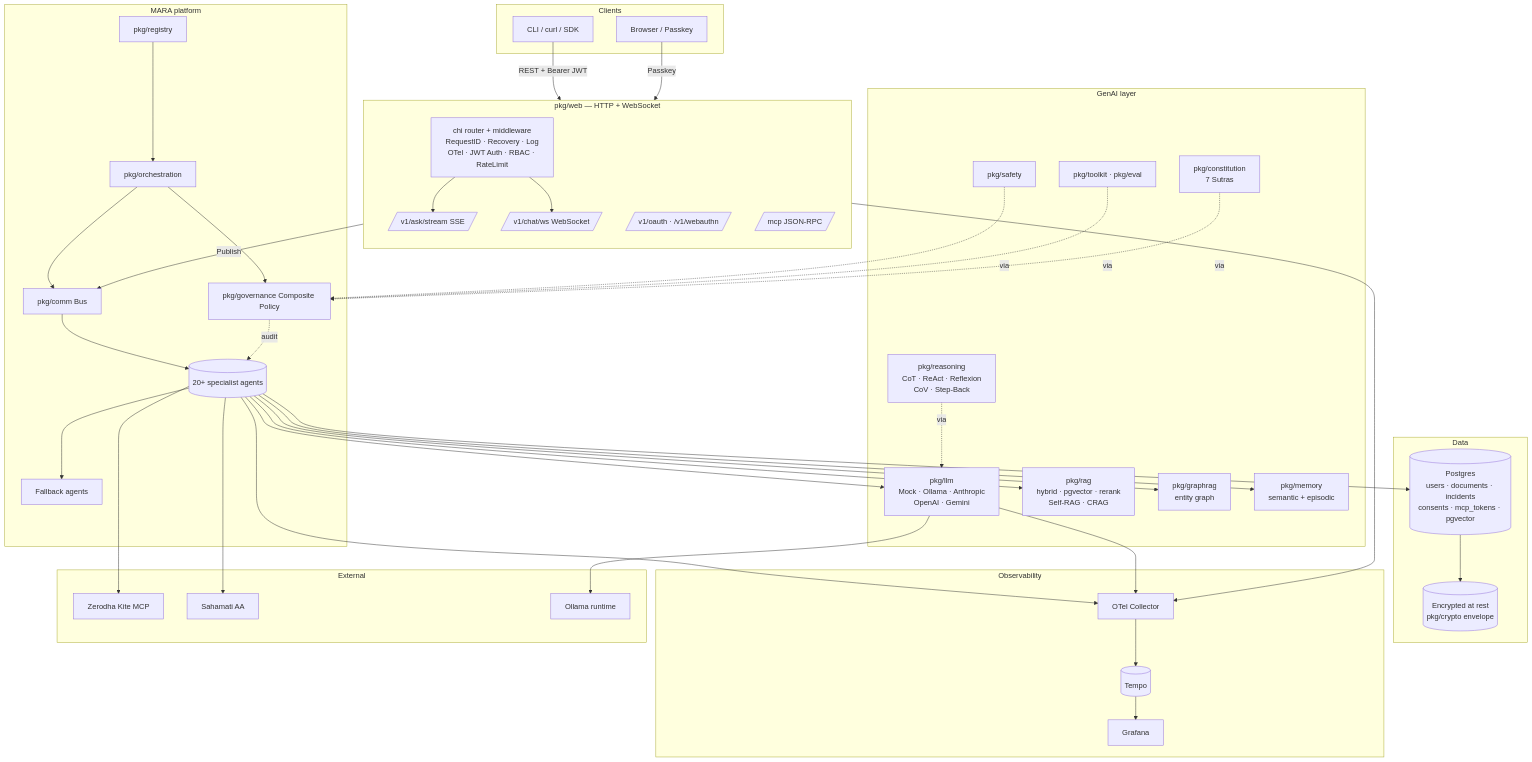
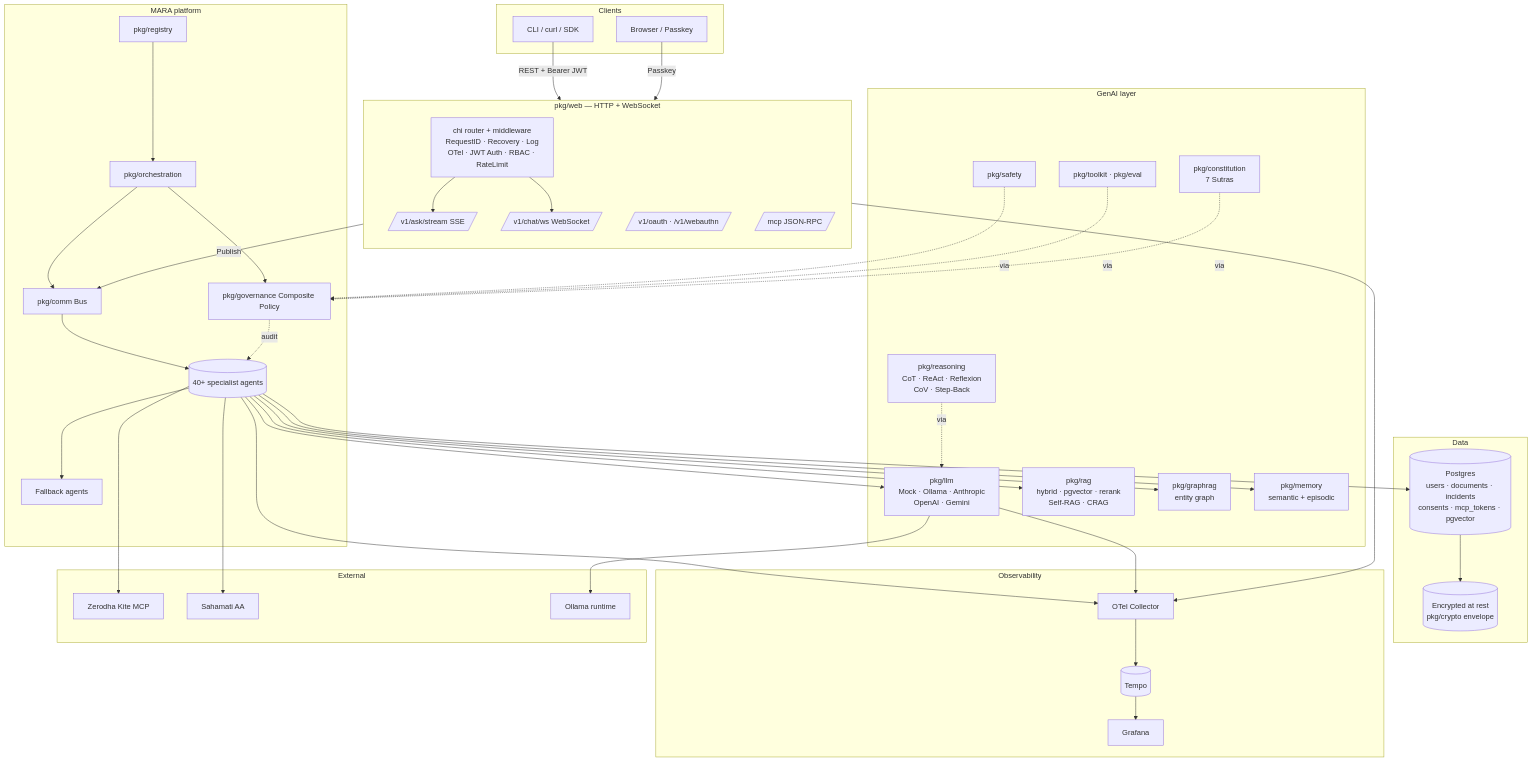
One commit to c2siorg/genie changed the first of 22 diagrams in README.md. Above: the diagram before and after it, drawn with Mermaid. The commit also changed other lines of this file and 2 other files, not shown here.

````diff
--- a/README.md
+++ b/README.md
@@ -77,82 +78,82 @@
 ```mermaid
 flowchart TB
     subgraph Clients
         UA[CLI / curl / SDK]
         BR[Browser / Passkey]
     end
 
     subgraph Edge["pkg/web — HTTP + WebSocket"]
         direction TB
         MW[chi router + middleware<br/>RequestID · Recovery · Log<br/>OTel · JWT Auth · RBAC · RateLimit]
         SSE[/v1/ask/stream SSE/]
         WS[/v1/chat/ws WebSocket/]
         OAUTH[/v1/oauth · /v1/webauthn/]
         MCPEP[/mcp JSON-RPC/]
     end
 
     subgraph Platform["MARA platform"]
         ORCH[pkg/orchestration]
         BUS[pkg/comm Bus]
         REG[pkg/registry]
         POL[pkg/governance Composite Policy]
-        AGENTS[(20+ specialist agents)]
+        AGENTS[(40+ specialist agents)]
         FB[Fallback agents]
         ORCH --> BUS
         ORCH --> POL
         REG --> ORCH
         BUS --> AGENTS
         AGENTS --> FB
     end
 
     subgraph AI["GenAI layer"]
         LLM[pkg/llm<br/>Mock · Ollama · Anthropic<br/>OpenAI · Gemini]
         RAG[pkg/rag<br/>hybrid · pgvector · rerank<br/>Self-RAG · CRAG]
         GRAG[pkg/graphrag<br/>entity graph]
         REAS[pkg/reasoning<br/>CoT · ReAct · Reflexion<br/>CoV · Step-Back]
         MEM[pkg/memory<br/>semantic + episodic]
         CONST[pkg/constitution<br/>7 Sutras]
         TOOL[pkg/toolkit · pkg/eval]
         SAFE[pkg/safety]
     end
 
     subgraph Data
         PG[(Postgres<br/>users · documents · incidents<br/>consents · mcp_tokens · pgvector)]
         VAULT[(Encrypted at rest<br/>pkg/crypto envelope)]
     end
 
     subgraph Observability
         OTLP[OTel Collector]
         TEMPO[(Tempo)]
         GRAF[Grafana]
         OTLP --> TEMPO --> GRAF
     end
 
     subgraph External
         KITE[Zerodha Kite MCP]
         AA[Sahamati AA]
         OLLAMA[Ollama runtime]
     end
 
     UA -->|REST + Bearer JWT| MW
     BR -->|Passkey| OAUTH
     MW --> SSE
     MW --> WS
     MW -->|Publish| BUS
     AGENTS --> LLM
     AGENTS --> RAG
     AGENTS --> GRAG
     AGENTS --> MEM
     LLM --> OLLAMA
     AGENTS --> KITE
     AGENTS --> AA
     AGENTS --> PG
     PG --> VAULT
     AGENTS --> OTLP
     MW --> OTLP
     LLM --> OTLP
     POL -.audit.-> AGENTS
     REAS -.via.-> LLM
     SAFE -.via.-> POL
     TOOL -.via.-> POL
     CONST -.via.-> POL
 ```
````
